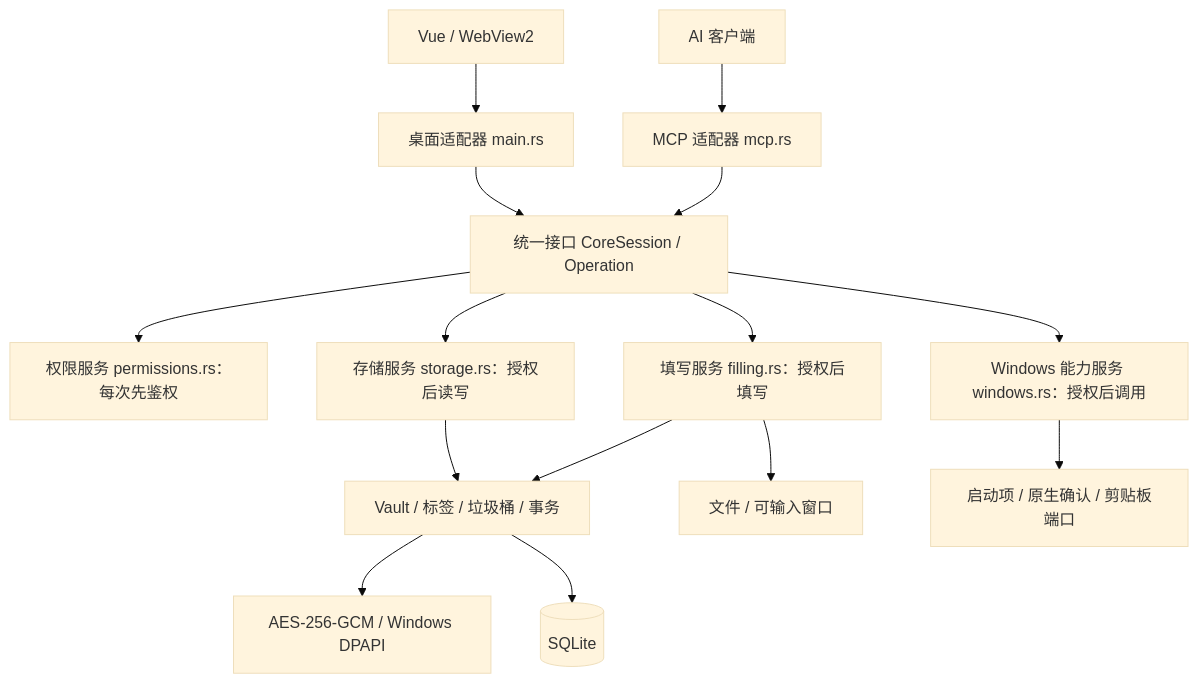
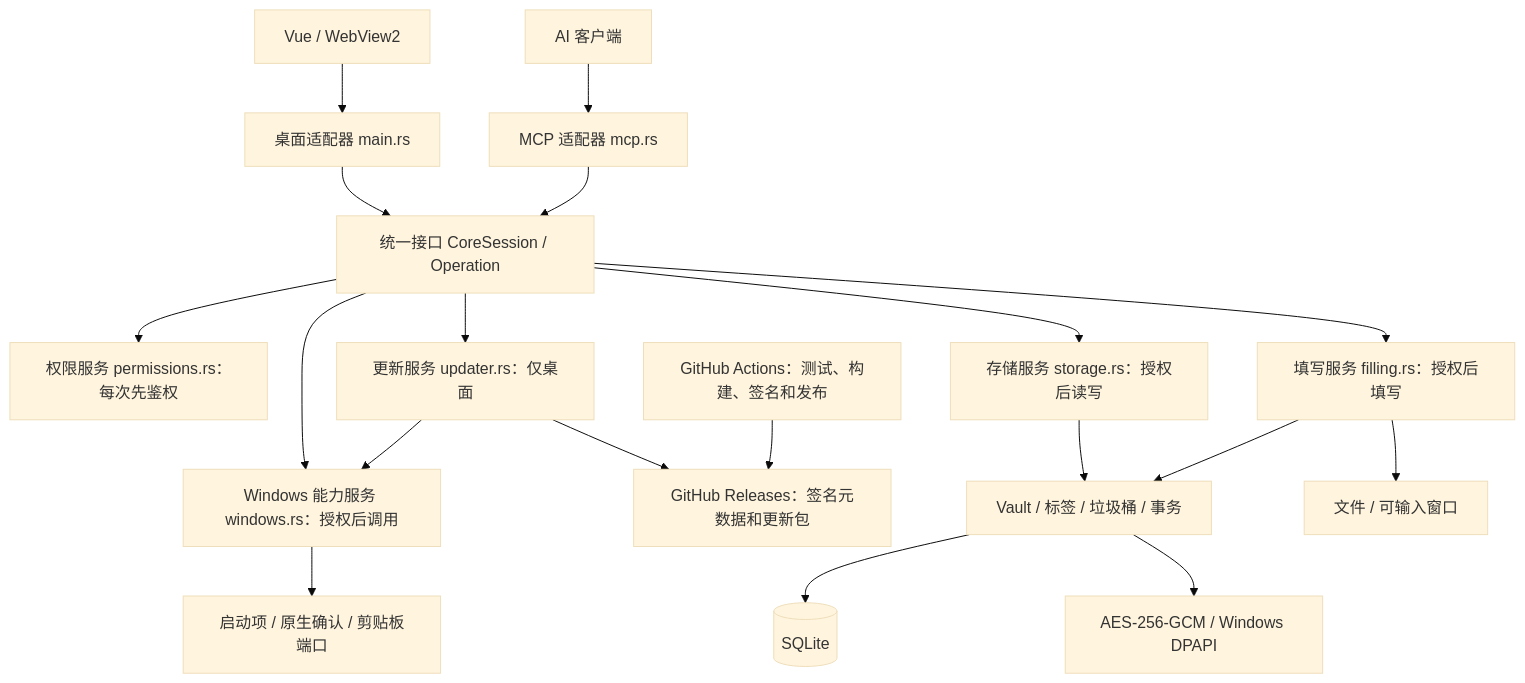
One commit to panda-student/Vault changed the diagram in docs/ARCHITECTURE.md. Above: the diagram before and after it, drawn with Mermaid (base theme). The commit also changed other lines of this file and 26 other files, not shown here.

````diff
--- a/docs/ARCHITECTURE.md
+++ b/docs/ARCHITECTURE.md
@@ -5,17 +5,21 @@
 ```mermaid
 flowchart TD
   UI[Vue / WebView2] --> Desktop[桌面适配器 main.rs]
   AI[AI 客户端] --> MCP[MCP 适配器 mcp.rs]
   Desktop --> API[统一接口 CoreSession / Operation]
   MCP --> API
   API --> Policy[权限服务 permissions.rs：每次先鉴权]
   API --> Storage[存储服务 storage.rs：授权后读写]
   API --> Filling[填写服务 filling.rs：授权后填写]
   API --> Windows[Windows 能力服务 windows.rs：授权后调用]
+  API --> Updater[更新服务 updater.rs：仅桌面]
+  Updater --> Windows
+  Updater --> Releases[GitHub Releases：签名元数据和更新包]
+  Actions[GitHub Actions：测试、构建、签名和发布] --> Releases
   Storage --> Vault[Vault / 标签 / 垃圾桶 / 事务]
   Vault --> Crypto[AES-256-GCM / Windows DPAPI]
   Vault --> DB[(SQLite)]
   Filling --> Vault
   Filling --> Dest[文件 / 可输入窗口]
   Windows --> Native[启动项 / 原生确认 / 剪贴板端口]
 ```
````
